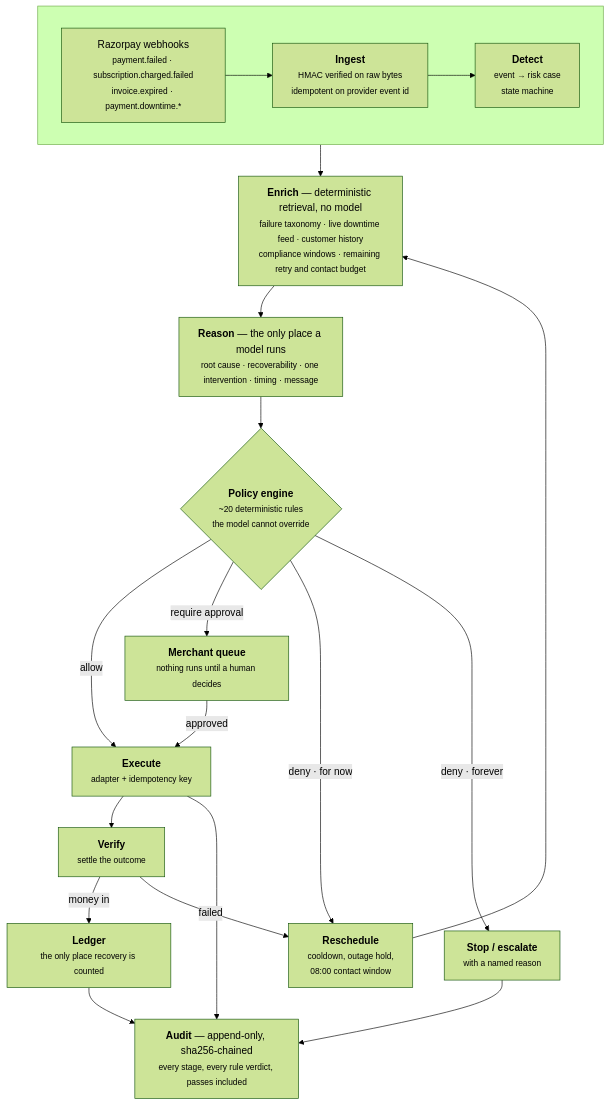
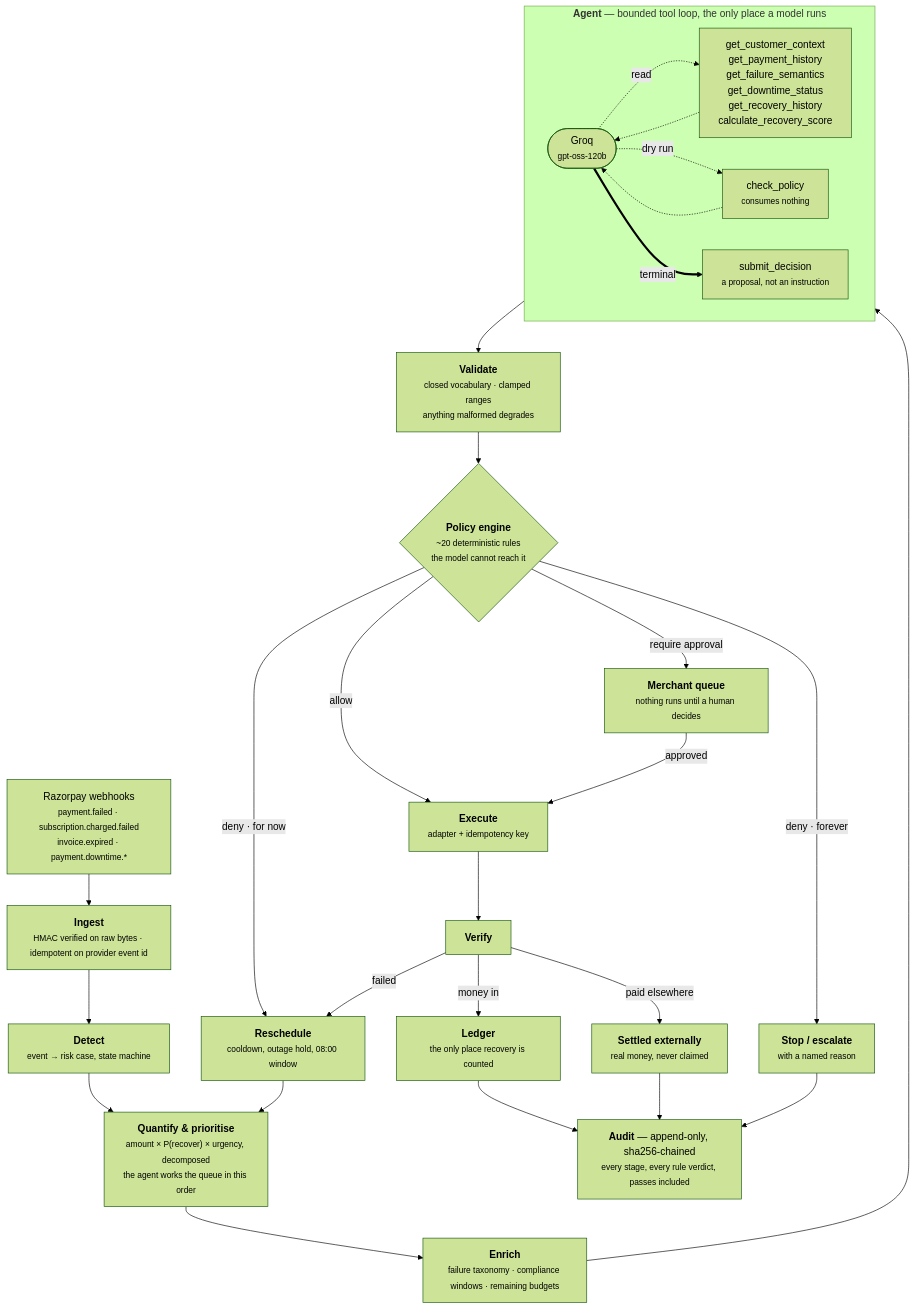
Before and after one commit to CodeInfinity1/munshi: the diagram in README.md, drawn with Mermaid (forest theme). The commit also changed other lines of this file and 12 other files, not shown here.

First line of the commit message:
docs: rewrite for the agent architecture and the current figures

````diff
--- a/README.md
+++ b/README.md
@@ -106,30 +117,39 @@
 ```mermaid
 flowchart TB
-    subgraph ingest [" "]
+    WH["Razorpay webhooks<br/><small>payment.failed · subscription.charged.failed<br/>invoice.expired · payment.downtime.*</small>"]
+    --> IN["<b>Ingest</b><br/><small>HMAC verified on raw bytes · idempotent on provider event id</small>"]
+    --> DET["<b>Detect</b><br/><small>event → risk case, state machine</small>"]
+    --> QNT["<b>Quantify &amp; prioritise</b><br/><small>amount × P(recover) × urgency, decomposed<br/>the agent works the queue in this order</small>"]
+    --> ENR["<b>Enrich</b><br/><small>failure taxonomy · compliance windows · remaining budgets</small>"]
+
+    ENR --> AGENT
+
+    subgraph AGENT ["<b>Agent</b> — bounded tool loop, the only place a model runs"]
         direction LR
-        WH["Razorpay webhooks<br/><small>payment.failed · subscription.charged.failed<br/>invoice.expired · payment.downtime.*</small>"]
-        --> IN["<b>Ingest</b><br/><small>HMAC verified on raw bytes<br/>idempotent on provider event id</small>"]
-        --> DET["<b>Detect</b><br/><small>event → risk case<br/>state machine</small>"]
+        LLM(["Groq<br/><small>gpt-oss-120b</small>"])
+        LLM -.->|read| T1["get_customer_context<br/>get_payment_history<br/>get_failure_semantics<br/>get_downtime_status<br/>get_recovery_history<br/>calculate_recovery_score"]
+        LLM -.->|dry run| T2["check_policy<br/><small>consumes nothing</small>"]
+        T1 -.-> LLM
+        T2 -.-> LLM
+        LLM ==>|terminal| SUB["submit_decision<br/><small>a proposal, not an instruction</small>"]
     end
 
-    DET --> ENR["<b>Enrich</b> — deterministic retrieval, no model<br/><small>failure taxonomy · live downtime feed · customer history<br/>compliance windows · remaining retry and contact budget</small>"]
-
-    ENR --> REASON["<b>Reason</b> — the only place a model runs<br/><small>root cause · recoverability · one intervention · timing · message</small>"]
-
-    REASON --> POL{"<b>Policy engine</b><br/><small>~20 deterministic rules<br/>the model cannot override</small>"}
+    SUB --> VAL["<b>Validate</b><br/><small>closed vocabulary · clamped ranges<br/>anything malformed degrades</small>"]
+    --> POL{"<b>Policy engine</b><br/><small>~20 deterministic rules<br/>the model cannot reach it</small>"}
 
     POL -->|allow| EXE["<b>Execute</b><br/><small>adapter + idempotency key</small>"]
     POL -->|require approval| Q["<b>Merchant queue</b><br/><small>nothing runs until a human decides</small>"]
-    POL -->|deny · for now| SCH["<b>Reschedule</b><br/><small>cooldown, outage hold,<br/>08:00 contact window</small>"]
+    POL -->|deny · for now| SCH["<b>Reschedule</b><br/><small>cooldown, outage hold, 08:00 window</small>"]
     POL -->|deny · forever| STOP["<b>Stop / escalate</b><br/><small>with a named reason</small>"]
 
-    SCH --> ENR
+    SCH --> QNT
     Q -->|approved| EXE
-    EXE --> VER["<b>Verify</b><br/><small>settle the outcome</small>"]
+    EXE --> VER["<b>Verify</b>"]
     VER -->|money in| LED["<b>Ledger</b><br/><small>the only place recovery is counted</small>"]
+    VER -->|paid elsewhere| EXT["<b>Settled externally</b><br/><small>real money, never claimed</small>"]
     VER -->|failed| SCH
 
     LED --> AUD
-    STOP --> AUD
-    EXE --> AUD["<b>Audit</b> — append-only, sha256-chained<br/><small>every stage, every rule verdict, passes included</small>"]
+    EXT --> AUD
+    STOP --> AUD["<b>Audit</b> — append-only, sha256-chained<br/><small>every stage, every rule verdict, passes included</small>"]
 ```
````
